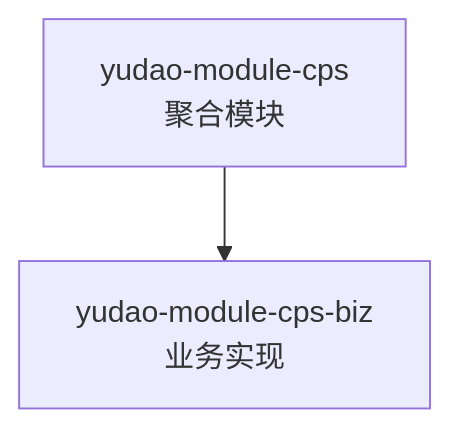
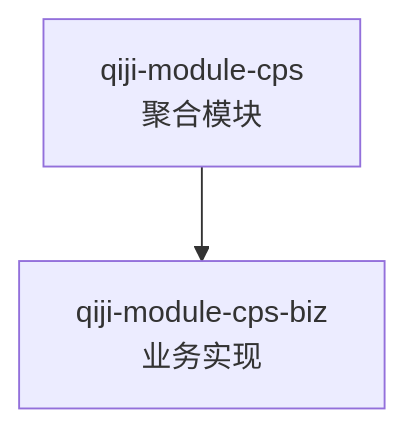
The tenth of 11 diagrams in backend/.qoder/repowiki/zh/content/项目概述/技术栈概览.md (zhuangpengLI/AgenticCPS), drawn with Mermaid before and after one commit. The commit also changed other lines of this file and 3489 other files, not shown here.

````diff
--- a/backend/.qoder/repowiki/zh/content/项目概述/技术栈概览.md
+++ b/backend/.qoder/repowiki/zh/content/项目概述/技术栈概览.md
@@ -322,6 +322,6 @@
 ```mermaid
 graph TB
-CPS["yudao-module-cps<br/>聚合模块"]
-CPSBIZ["yudao-module-cps-biz<br/>业务实现"]
+CPS["qiji-module-cps<br/>聚合模块"]
+CPSBIZ["qiji-module-cps-biz<br/>业务实现"]
 CPS --> CPSBIZ
 ```
````
